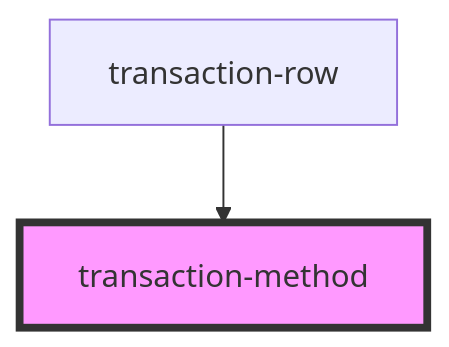
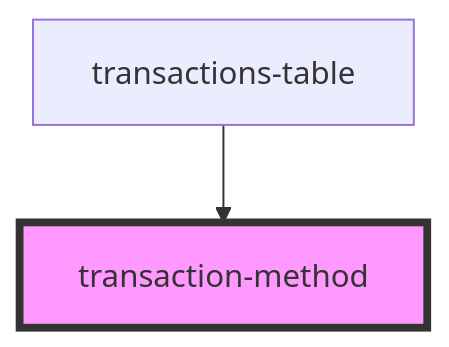
The diagram in src/components/transactions-table/components/transaction-method/readme.md (multiversx/mx-sdk-dapp-ui), drawn with Mermaid before and after one commit. The commit also changed other lines of this file and 54 other files, not shown here.

Commit message:
Added transactions table styling

````diff
--- a/src/components/transactions-table/components/transaction-method/readme.md
+++ b/src/components/transactions-table/components/transaction-method/readme.md
@@ -24,5 +24,5 @@
 ```mermaid
 graph TD;
-  transaction-row --> transaction-method
+  transactions-table --> transaction-method
   style transaction-method fill:#f9f,stroke:#333,stroke-width:4px
 ```
````
